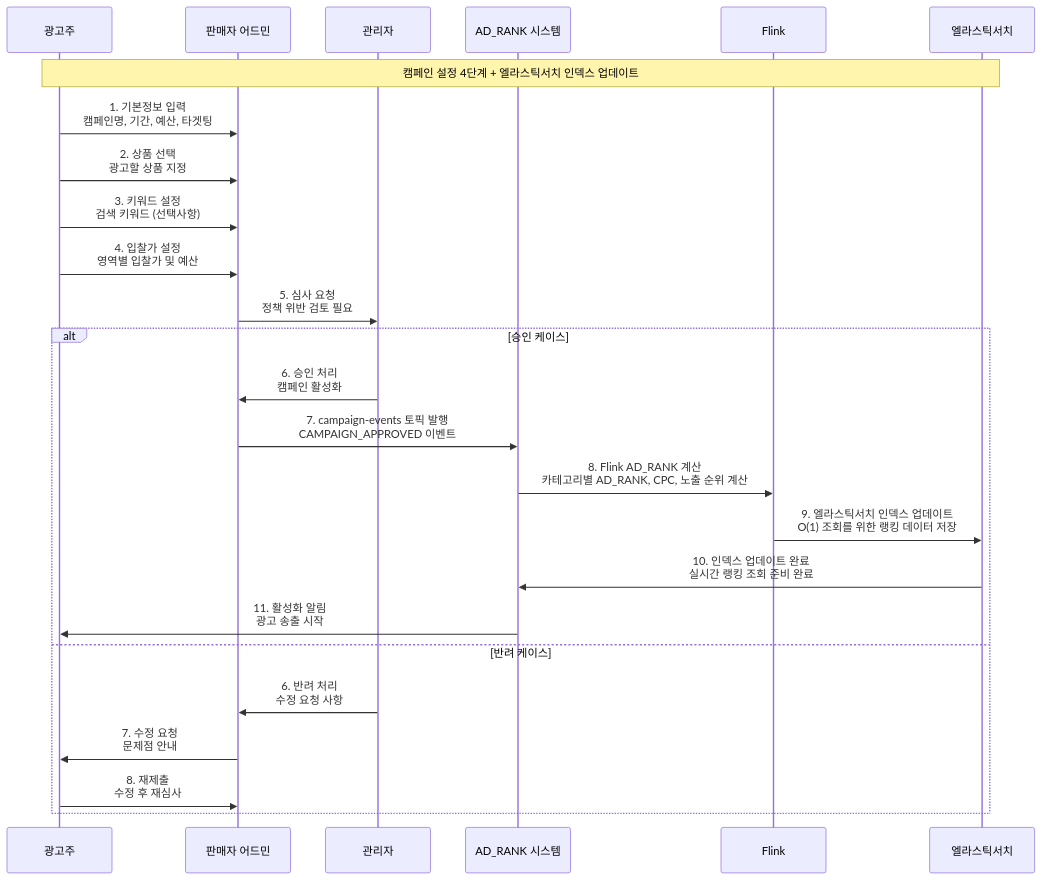
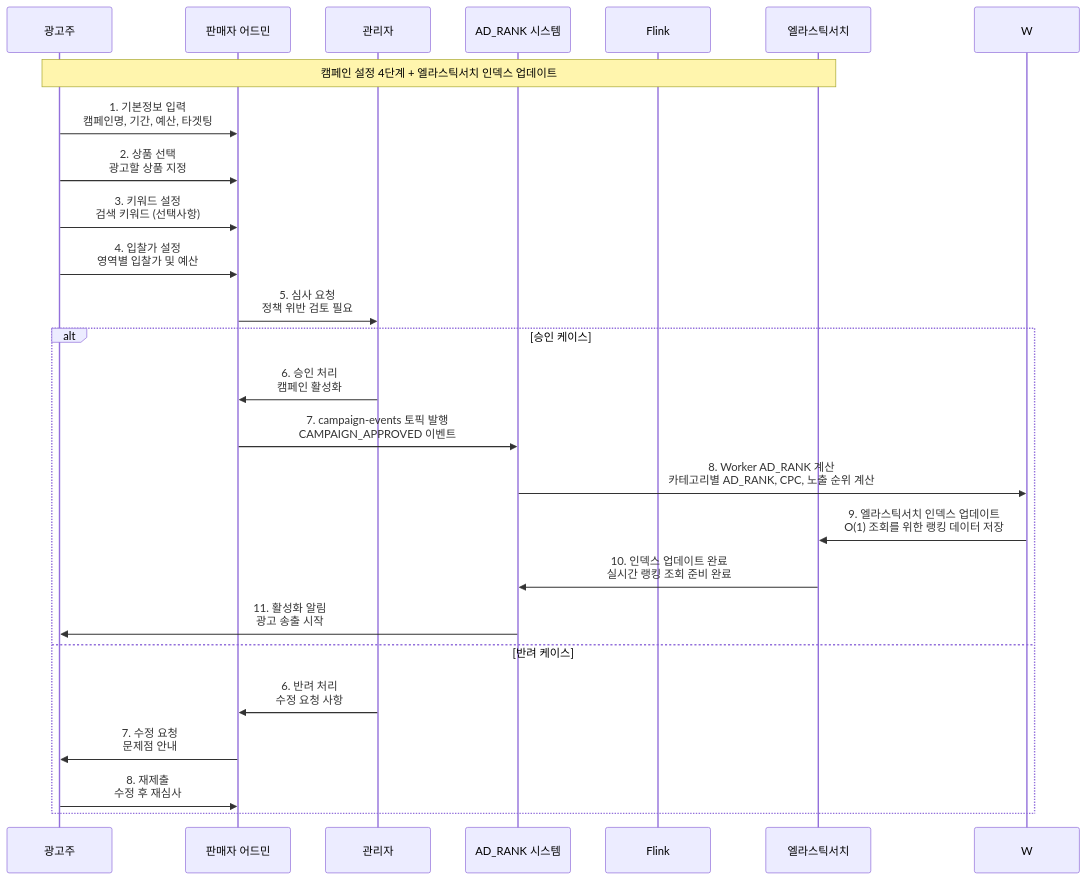
Before and after one commit to smk692/advertisement-project: the third of 9 diagrams in docs/2. 설계/2-1. 업무흐름.md, drawn with Mermaid. The commit also changed other lines of this file and 1 other file, not shown here.

First line of the commit message:
docs: Flink와 Worker 역할 분담 수정 - AD_RANK 계산은 Worker 담당

````diff
--- a/docs/2. 설계/2-1. 업무흐름.md
+++ b/docs/2. 설계/2-1. 업무흐름.md
@@ -143,31 +143,31 @@
 ```mermaid
 sequenceDiagram
     participant A as 광고주
     participant S as 판매자 어드민
     participant M as 관리자
     participant AS as AD_RANK 시스템
     participant F as Flink
     participant ES as 엘라스틱서치
     
     Note over A,ES: 캠페인 설정 4단계 + 엘라스틱서치 인덱스 업데이트
     
     A->>S: 1. 기본정보 입력<br/>캠페인명, 기간, 예산, 타겟팅
     A->>S: 2. 상품 선택<br/>광고할 상품 지정
     A->>S: 3. 키워드 설정<br/>검색 키워드 (선택사항)
     A->>S: 4. 입찰가 설정<br/>영역별 입찰가 및 예산
     
     S->>M: 5. 심사 요청<br/>정책 위반 검토 필요
     
     alt 승인 케이스
         M->>S: 6. 승인 처리<br/>캠페인 활성화
         S->>AS: 7. campaign-events 토픽 발행<br/>CAMPAIGN_APPROVED 이벤트
-        AS->>F: 8. Flink AD_RANK 계산<br/>카테고리별 AD_RANK, CPC, 노출 순위 계산
-        F->>ES: 9. 엘라스틱서치 인덱스 업데이트<br/>O(1) 조회를 위한 랭킹 데이터 저장
+        AS->>W: 8. Worker AD_RANK 계산<br/>카테고리별 AD_RANK, CPC, 노출 순위 계산
+        W->>ES: 9. 엘라스틱서치 인덱스 업데이트<br/>O(1) 조회를 위한 랭킹 데이터 저장
         ES->>AS: 10. 인덱스 업데이트 완료<br/>실시간 랭킹 조회 준비 완료
         AS->>A: 11. 활성화 알림<br/>광고 송출 시작
     else 반려 케이스
         M->>S: 6. 반려 처리<br/>수정 요청 사항
         S->>A: 7. 수정 요청<br/>문제점 안내
         A->>S: 8. 재제출<br/>수정 후 재심사
     end
 ```
````
